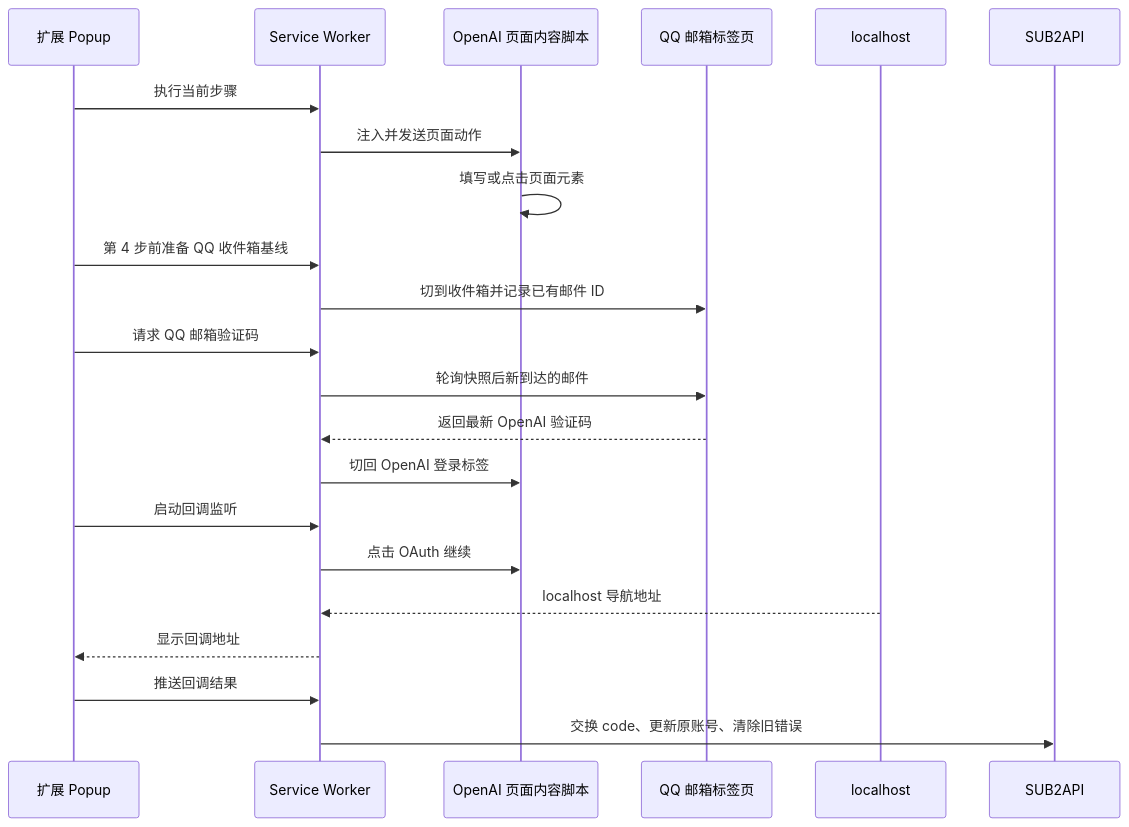
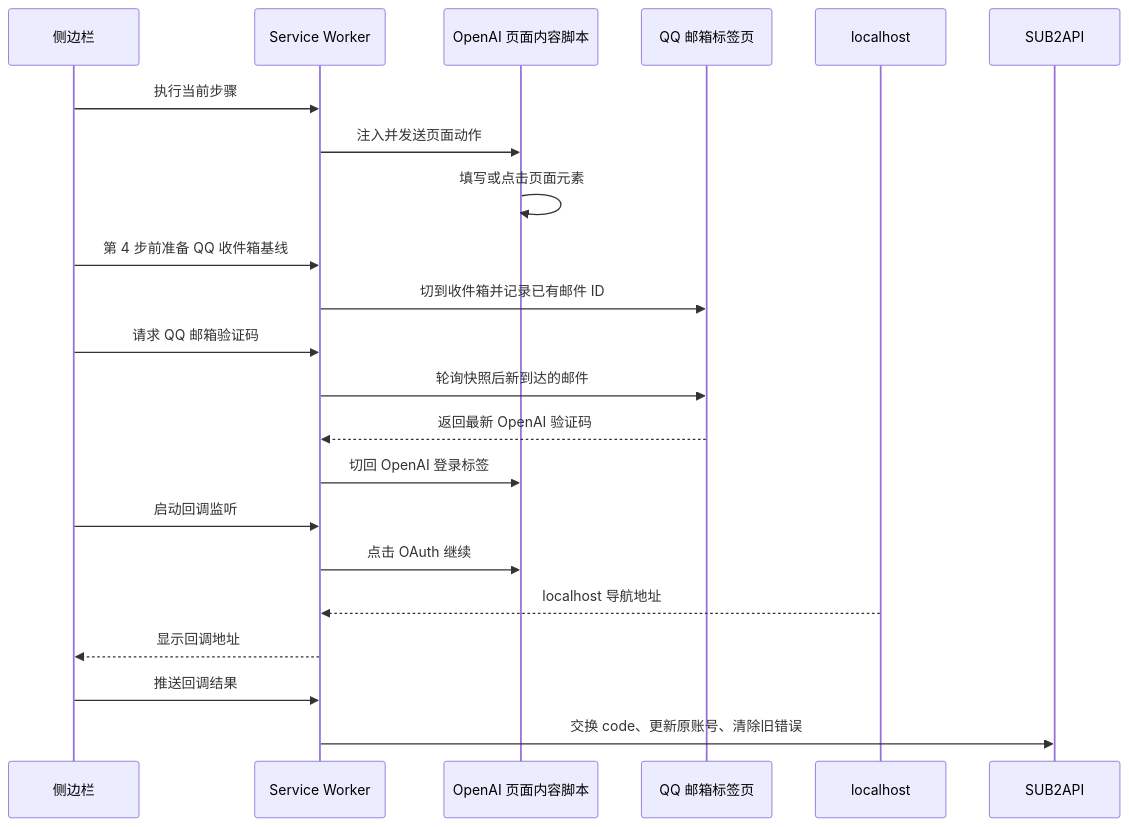
The diagram in docs/flowpilot-openai-login-map.md (aohuidai/sub2api-reauth), drawn with Mermaid before and after one commit. The commit also changed other lines of this file and 14 other files, not shown here.

````diff
--- a/docs/flowpilot-openai-login-map.md
+++ b/docs/flowpilot-openai-login-map.md
@@ -7,24 +7,24 @@
 ```mermaid
 sequenceDiagram
-  participant P as 扩展 Popup
+  participant P as 侧边栏
   participant B as Service Worker
   participant A as OpenAI 页面内容脚本
   participant M as QQ 邮箱标签页
   participant L as localhost
   participant S as SUB2API
   P->>B: 执行当前步骤
   B->>A: 注入并发送页面动作
   A->>A: 填写或点击页面元素
   P->>B: 第 4 步前准备 QQ 收件箱基线
   B->>M: 切到收件箱并记录已有邮件 ID
   P->>B: 请求 QQ 邮箱验证码
   B->>M: 轮询快照后新到达的邮件
   M-->>B: 返回最新 OpenAI 验证码
   B->>A: 切回 OpenAI 登录标签
   P->>B: 启动回调监听
   B->>A: 点击 OAuth 继续
   L-->>B: localhost 导航地址
   B-->>P: 显示回调地址
   P->>B: 推送回调结果
   B->>S: 交换 code、更新原账号、清除旧错误
 ```
````
